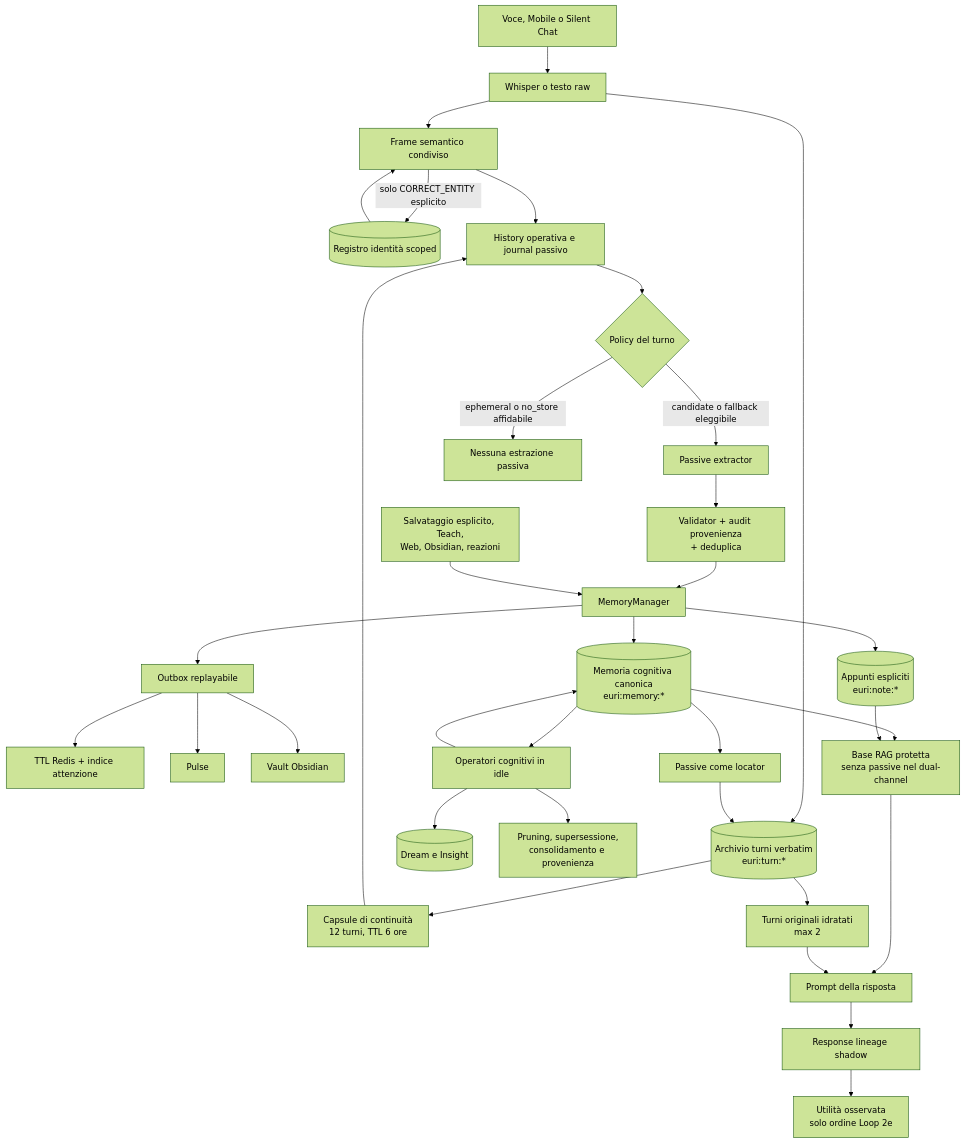
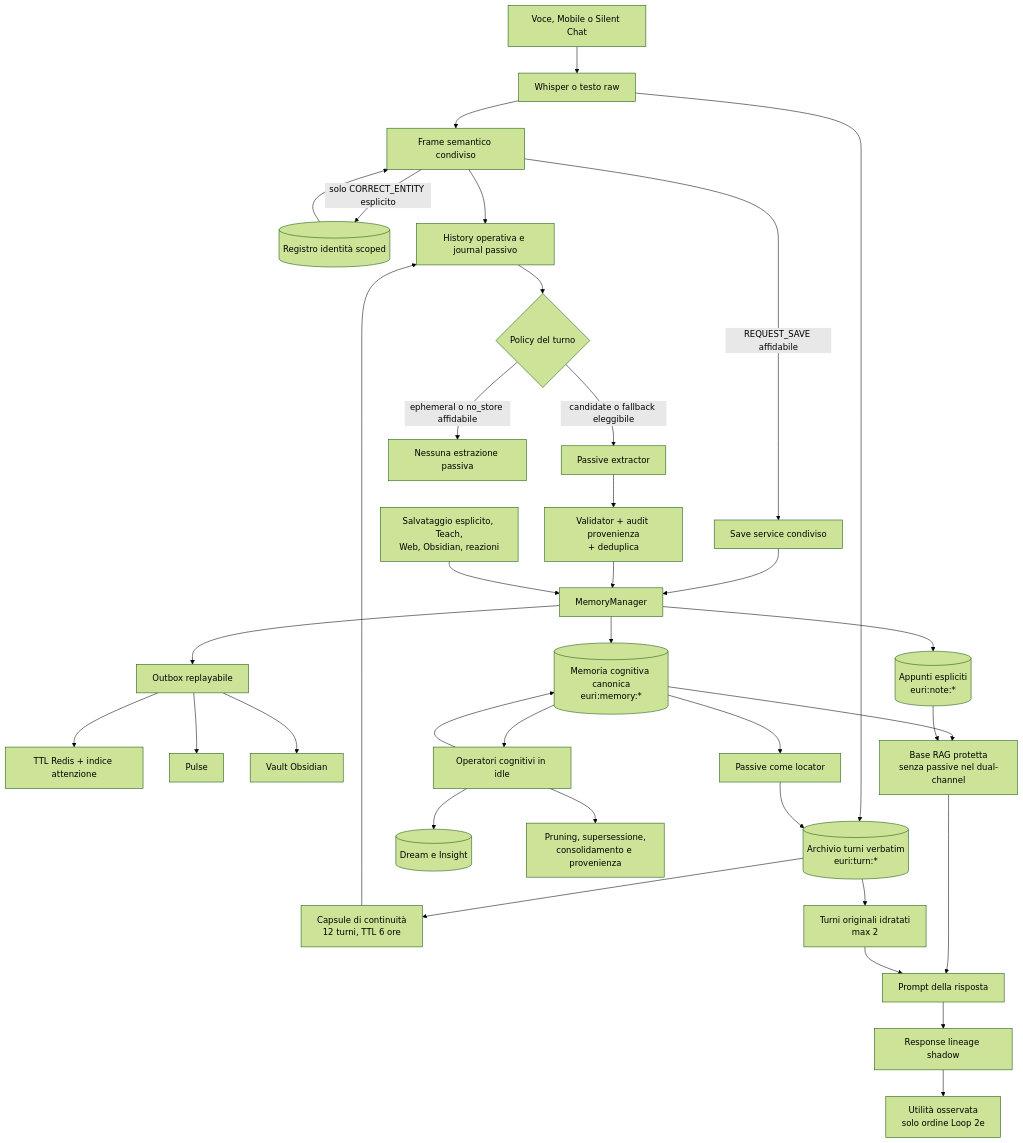
One commit to fioruccione/euri changed the first of 4 diagrams in docs/EURI_MEMORY_ARCHITECTURE.md. Above: the diagram before and after it, drawn with Mermaid (forest theme). The commit also changed other lines of this file and 14 other files, not shown here.

````diff
--- a/docs/EURI_MEMORY_ARCHITECTURE.md
+++ b/docs/EURI_MEMORY_ARCHITECTURE.md
@@ -30,39 +30,41 @@
 ```mermaid
 flowchart TB
     U[Voce, Mobile o Silent Chat] --> W[Whisper o testo raw]
     W --> S[Frame semantico condiviso]
     W --> T[(Archivio turni verbatim<br/>euri:turn:*)]
     S -->|solo CORRECT_ENTITY esplicito| AR[(Registro identità scoped)]
     AR --> S
     S --> H[History operativa e journal passivo]
+    S -->|REQUEST_SAVE affidabile| SV[Save service condiviso]
+    SV --> M
     T --> C[Capsule di continuità<br/>12 turni, TTL 6 ore]
     C --> H
 
     H --> P{Policy del turno}
     P -->|candidate o fallback eleggibile| E[Passive extractor]
     P -->|ephemeral o no_store affidabile| X[Nessuna estrazione passiva]
     E --> V[Validator + audit provenienza<br/>+ deduplica]
     V --> M[MemoryManager]
     A[Salvataggio esplicito, Teach,<br/>Web, Obsidian, reazioni] --> M
     M --> J[(Memoria cognitiva canonica<br/>euri:memory:*)]
     M --> N[(Appunti espliciti<br/>euri:note:*)]
     M --> O[Outbox replayabile]
     O --> TTL[TTL Redis + indice attenzione]
     O --> PU[Pulse]
     O --> OB[Vault Obsidian]
 
     J --> R[Base RAG protetta<br/>senza passive nel dual-channel]
     N --> R
     J --> L[Passive come locator]
     L --> T
     T --> D[Turni originali idratati<br/>max 2]
     R --> Q[Prompt della risposta]
     D --> Q
     Q --> RL[Response lineage shadow]
     RL --> UT[Utilità osservata<br/>solo ordine Loop 2e]
 
     J --> DR[Operatori cognitivi in idle]
     DR --> J
     DR --> I[(Dream e Insight)]
     DR --> PR[Pruning, supersessione,<br/>consolidamento e provenienza]
 ```
````
